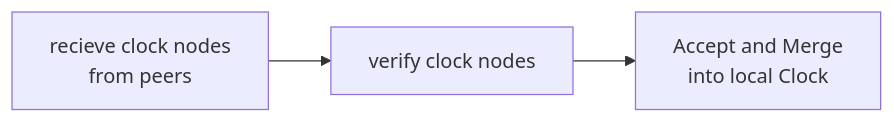
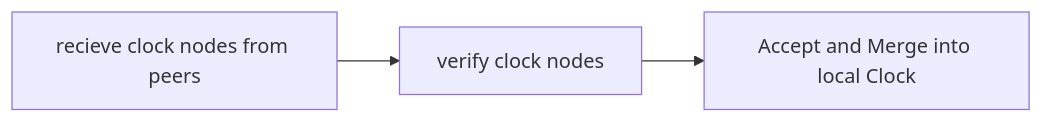
Before and after one commit to ideal-lab5/Grants-Program: the second of 7 diagrams in applications/etf_network.md, drawn with Mermaid. The commit also changed other lines of this file, not shown here.

Commit message:
fix diagrams

````diff
--- a/applications/etf_network.md
+++ b/applications/etf_network.md
@@ -93,7 +82,5 @@
 ```mermaid
 graph LR;
-   A[recieve clock nodes 
-   from peers]-->B[verify clock nodes];
-   B-->C[Accept and Merge
-   into local Clock];
+   A[recieve clock nodes from peers]-->B[verify clock nodes];
+   B-->C[Accept and Merge into local Clock];
 ```
````
